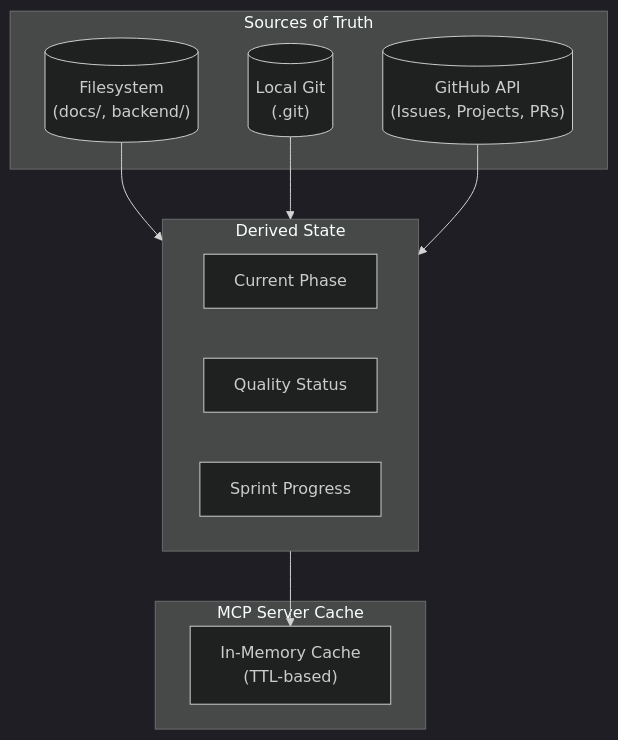
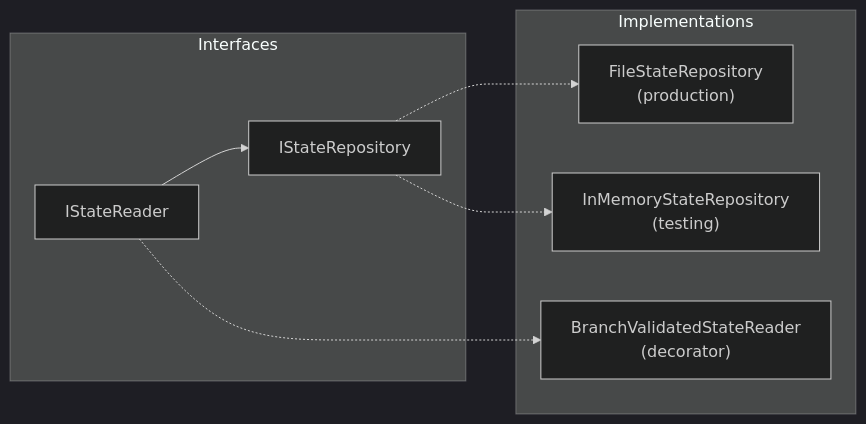
The fourth of 4 diagrams in docs/mcp_server/ARCHITECTURE.md (MikeyVK/phase-gate-mcp), drawn with Mermaid (dark theme) before and after one commit. The commit also changed other lines of this file and 1 other file, not shown here.

Commit message:
feat(P_IMPLEMENTATION_SP_C3_GREEN): refactor(docs): complete rewrite of ARCHITECTURE.md reflecting actual server architecture (C_CLEANUP.3) (#391)

````diff
--- a/docs/mcp_server/ARCHITECTURE.md
+++ b/docs/mcp_server/ARCHITECTURE.md
@@ -446,24 +599,18 @@
 ```mermaid
-flowchart TD
-    subgraph Sources ["Sources of Truth"]
-        FS[("Filesystem\n(docs/, backend/)")]
-        Git[("Local Git\n(.git)")]
-        GH[("GitHub API\n(Issues, Projects, PRs)")]
+flowchart LR
+    subgraph Interfaces
+        ISR["IStateReader"]
+        ISRP["IStateRepository"]
     end
 
-    subgraph Derived ["Derived State"]
-        Phase["Current Phase"]
-        Quality["Quality Status"]
-        Progress["Sprint Progress"]
+    subgraph Implementations
+        FSR["FileStateRepository\n(production)"]
+        IMSR["InMemoryStateRepository\n(testing)"]
+        BVSR["BranchValidatedStateReader\n(decorator)"]
     end
 
-    subgraph Cache ["MCP Server Cache"]
-        MemCache["In-Memory Cache\n(TTL-based)"]
-    end
-
-    FS --> Derived
-    Git --> Derived
-    GH --> Derived
-    
-    Derived --> MemCache
+    ISR --> ISRP
+    ISRP -.-> FSR
+    ISRP -.-> IMSR
+    ISR -.-> BVSR
 ```
````
